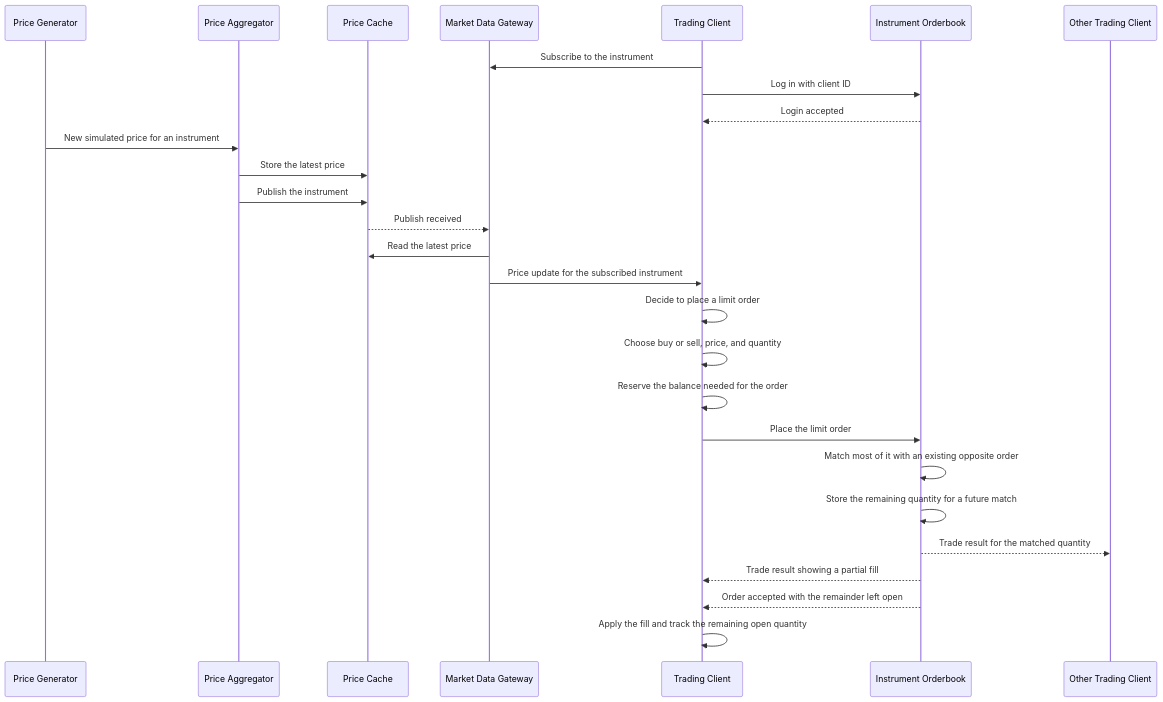
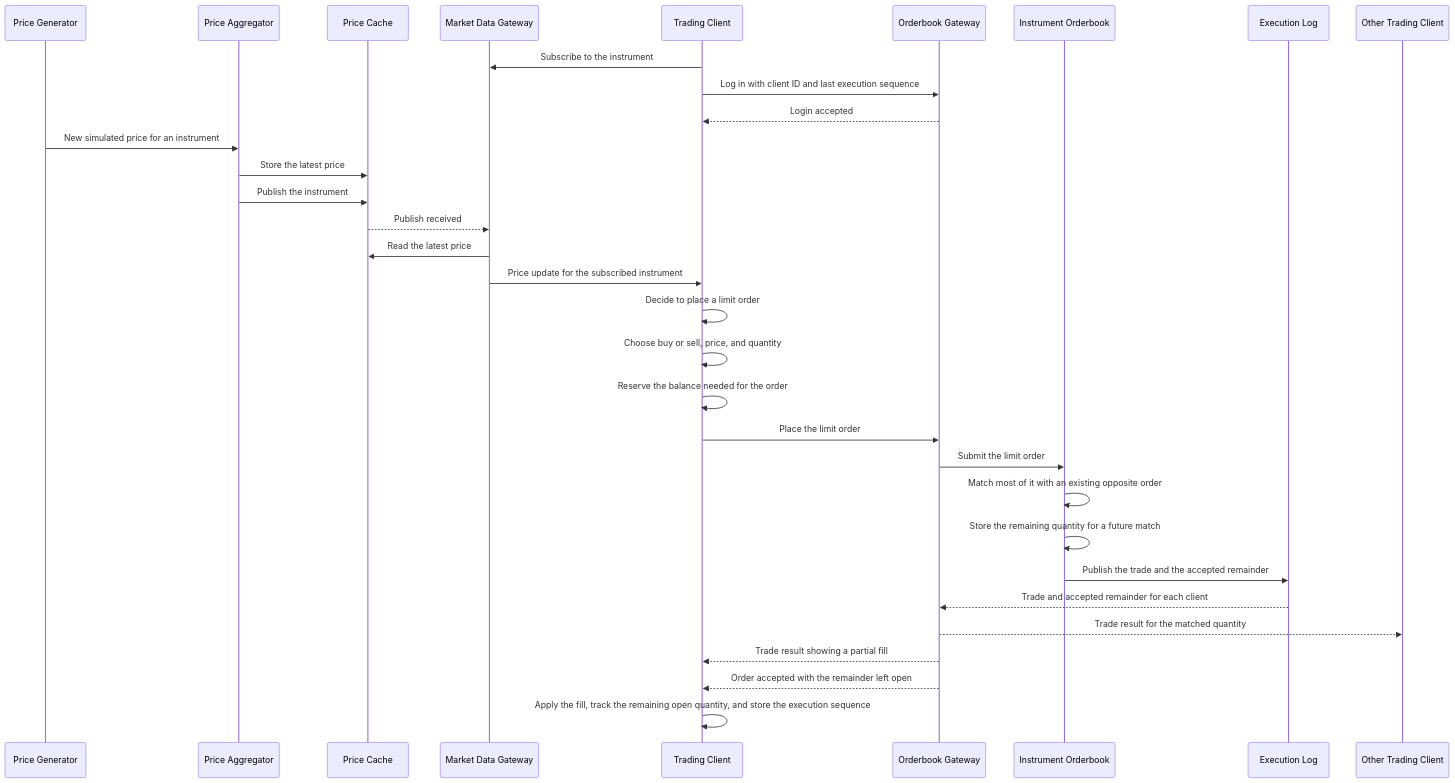
Before and after one commit to Braqzen/orderbook-trading: the first of 3 diagrams in docs/sequence.md, drawn with Mermaid. The commit also changed other lines of this file and 80 other files, not shown here.

First line of the commit message:
Redesign orderbook trade publishing

````diff
--- a/docs/sequence.md
+++ b/docs/sequence.md
@@ -9,30 +9,35 @@
 ```mermaid
 sequenceDiagram
     participant Generator as Price Generator
     participant MarketData as Price Aggregator
     participant Cache as Price Cache
     participant Gateway as Market Data Gateway
     participant Client as Trading Client
+    participant OrderGateway as Orderbook Gateway
     participant Orderbook as Instrument Orderbook
+    participant Log as Execution Log
     participant OtherClient as Other Trading Client
 
     Client->>Gateway: Subscribe to the instrument
-    Client->>Orderbook: Log in with client ID
-    Orderbook-->>Client: Login accepted
+    Client->>OrderGateway: Log in with client ID and last execution sequence
+    OrderGateway-->>Client: Login accepted
     Generator->>MarketData: New simulated price for an instrument
     MarketData->>Cache: Store the latest price
     MarketData->>Cache: Publish the instrument
     Cache-->>Gateway: Publish received
     Gateway->>Cache: Read the latest price
     Gateway->>Client: Price update for the subscribed instrument
     Client->>Client: Decide to place a limit order
     Client->>Client: Choose buy or sell, price, and quantity
     Client->>Client: Reserve the balance needed for the order
-    Client->>Orderbook: Place the limit order
+    Client->>OrderGateway: Place the limit order
+    OrderGateway->>Orderbook: Submit the limit order
     Orderbook->>Orderbook: Match most of it with an existing opposite order
     Orderbook->>Orderbook: Store the remaining quantity for a future match
-    Orderbook-->>OtherClient: Trade result for the matched quantity
-    Orderbook-->>Client: Trade result showing a partial fill
-    Orderbook-->>Client: Order accepted with the remainder left open
-    Client->>Client: Apply the fill and track the remaining open quantity
+    Orderbook->>Log: Publish the trade and the accepted remainder
+    Log-->>OrderGateway: Trade and accepted remainder for each client
+    OrderGateway-->>OtherClient: Trade result for the matched quantity
+    OrderGateway-->>Client: Trade result showing a partial fill
+    OrderGateway-->>Client: Order accepted with the remainder left open
+    Client->>Client: Apply the fill, track the remaining open quantity, and store the execution sequence
 ```
````
